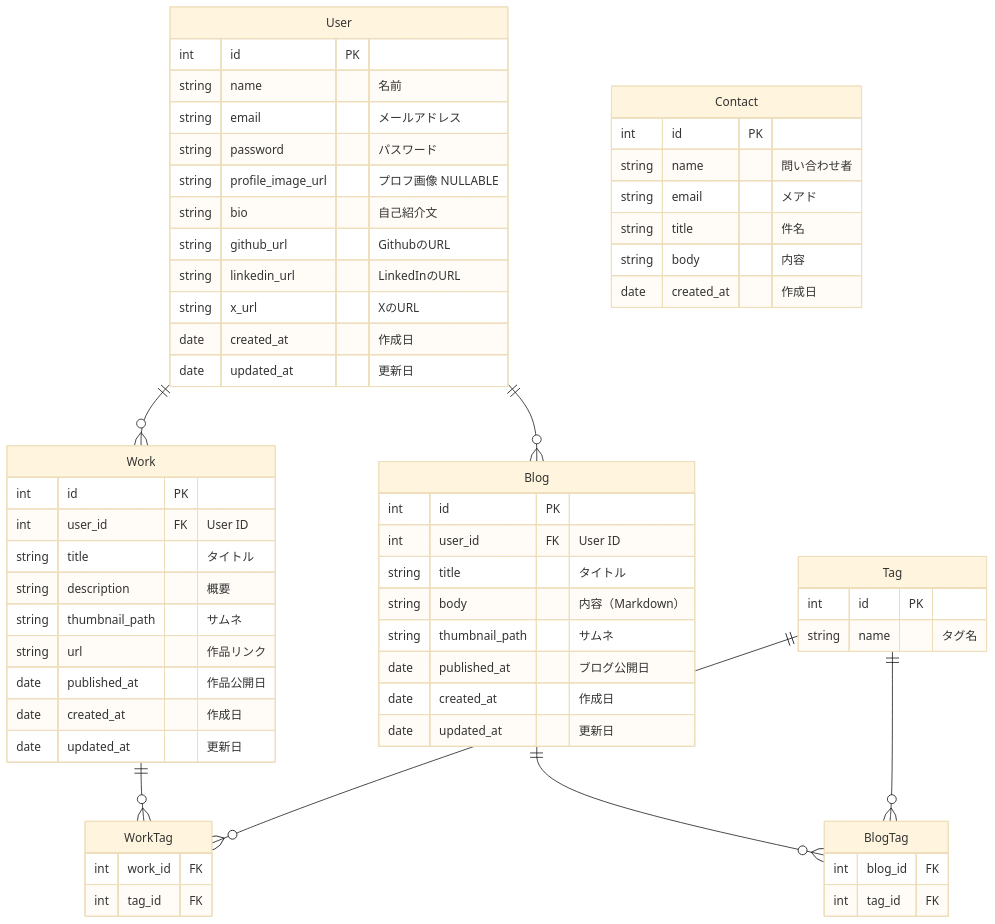
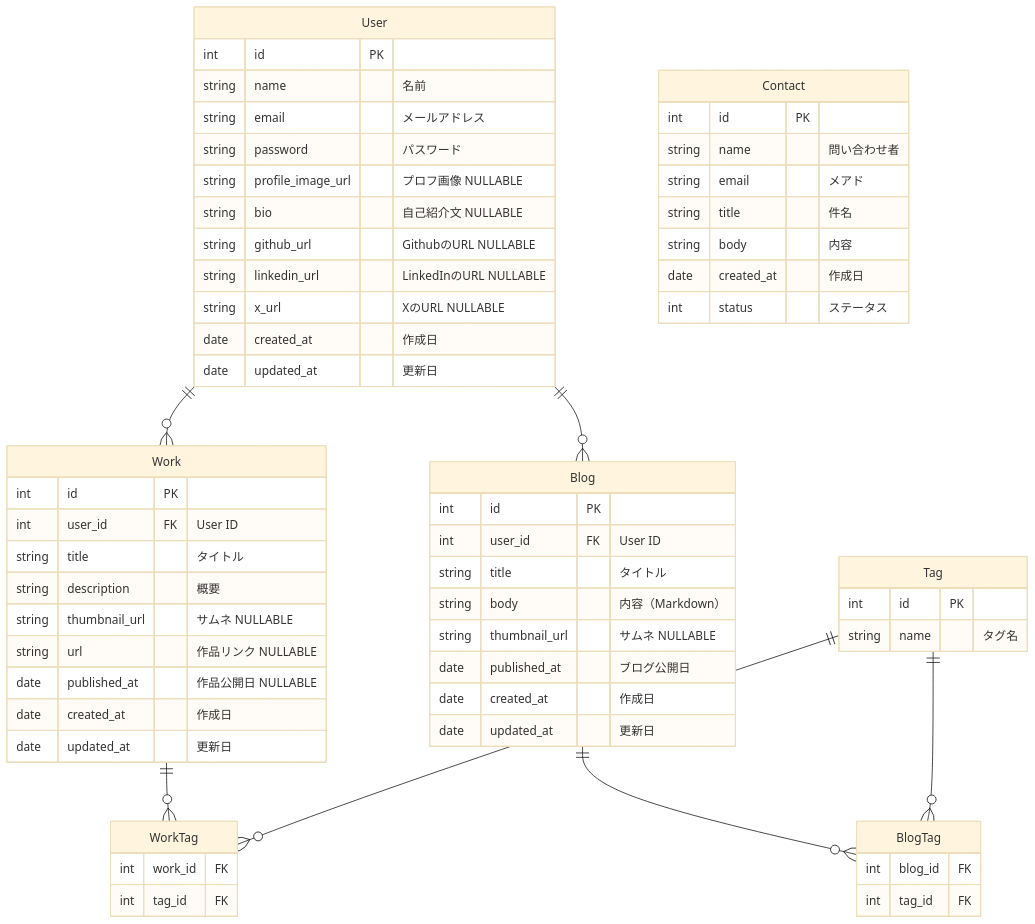
Before and after one commit to HarukiSugimoto/portfolio-laravel-react: the diagram in README.md, drawn with Mermaid (base theme). The commit also changed 38 other files, not shown here.

````diff
--- a/README.md
+++ b/README.md
@@ -2,70 +2,71 @@
 ```mermaid
 erDiagram
     User {
         int id PK
         string name  "名前"
         string email "メールアドレス"
         string password "パスワード"
         string profile_image_url "プロフ画像 NULLABLE"
-        string bio "自己紹介文"
-        string github_url "GithubのURL"
-        string linkedin_url "LinkedInのURL"
-        string x_url "XのURL"
+        string bio "自己紹介文 NULLABLE"
+        string github_url "GithubのURL NULLABLE"
+        string linkedin_url "LinkedInのURL NULLABLE"
+        string x_url "XのURL NULLABLE"
         date created_at "作成日"
         date updated_at "更新日"
     }
 
     Work {
         int id PK
         int user_id FK "User ID"
         string title "タイトル"
         string description "概要"
-        string thumbnail_path "サムネ"
-        string url "作品リンク"
-        date published_at "作品公開日"
+        string thumbnail_url "サムネ NULLABLE"
+        string url "作品リンク NULLABLE"
+        date published_at "作品公開日 NULLABLE"
         date created_at "作成日"
         date updated_at "更新日"
     }
 
     Blog {
         int id PK
         int user_id FK "User ID"
         string title "タイトル"
         string body "内容（Markdown）"
-        string thumbnail_path "サムネ"
+        string thumbnail_url "サムネ NULLABLE"
         date published_at "ブログ公開日"
         date created_at "作成日"
         date updated_at "更新日"
     }
 
     Tag {
         int id PK
         string name "タグ名"
     }
 
     BlogTag {
         int blog_id FK
         int tag_id FK
     }
 
     WorkTag {
         int work_id FK
         int tag_id FK
     }
 
     Contact {
         int id PK
         string name "問い合わせ者"
         string email "メアド"
         string title "件名"
         string body "内容"
         date created_at "作成日"
+        int status "ステータス"
     }
 
     User ||--o{ Work: ""
     User ||--o{ Blog : ""
     Work ||--o{ WorkTag : ""
     Blog ||--o{ BlogTag : ""
     Tag ||--o{ BlogTag : ""
     Tag ||--o{ WorkTag : ""
 ```
````
